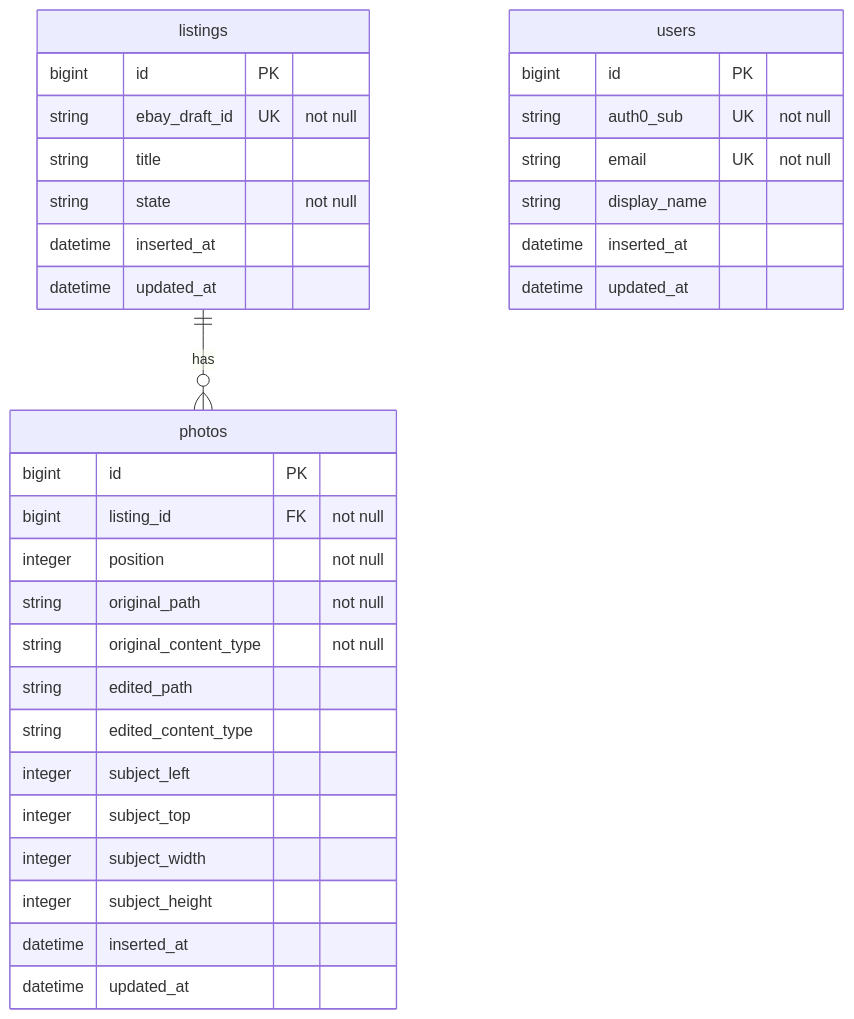
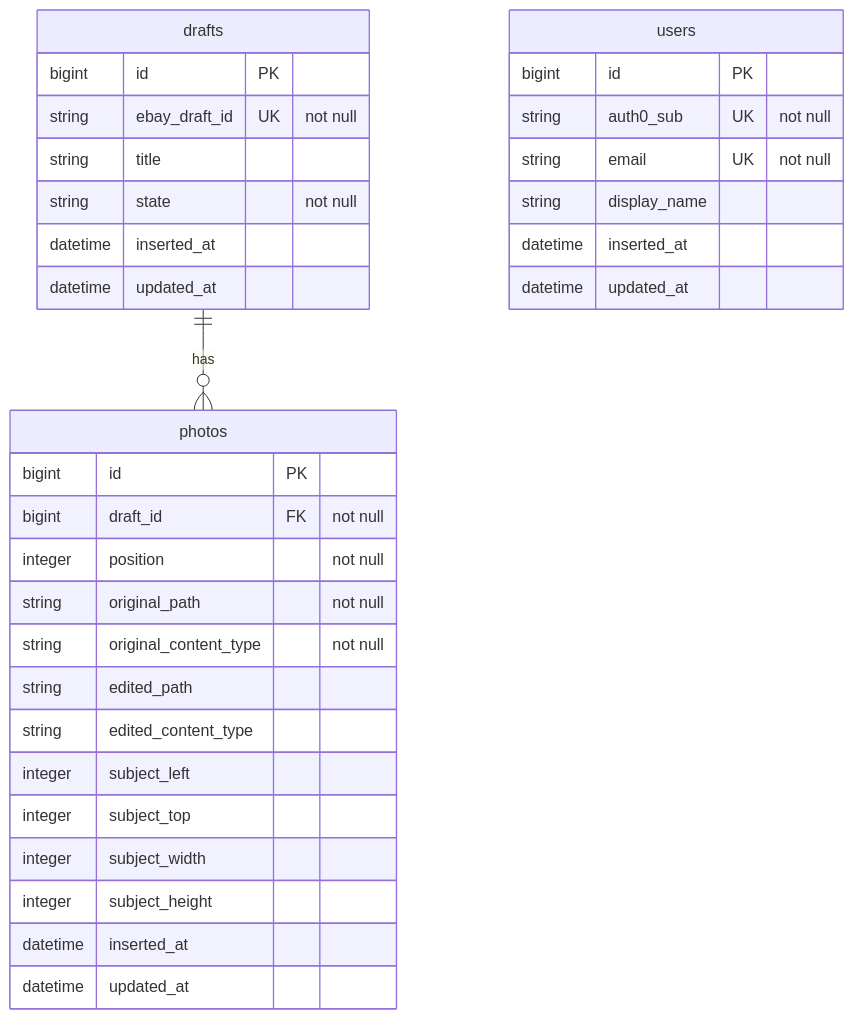
Before and after one commit to dewetblomerus/flipper: the diagram in docs/erd.md, drawn with Mermaid. The commit also changed other lines of this file and 14 other files, not shown here.

````diff
--- a/docs/erd.md
+++ b/docs/erd.md
@@ -7,38 +7,38 @@
 ```mermaid
 erDiagram
-    listings ||--o{ photos : has
+    drafts ||--o{ photos : has
 
     users {
         bigint id PK
         string auth0_sub UK "not null"
         string email UK "not null"
         string display_name
         datetime inserted_at
         datetime updated_at
     }
 
-    listings {
+    drafts {
         bigint id PK
         string ebay_draft_id UK "not null"
         string title
         string state "not null"
         datetime inserted_at
         datetime updated_at
     }
 
     photos {
         bigint id PK
-        bigint listing_id FK "not null"
+        bigint draft_id FK "not null"
         integer position "not null"
         string original_path "not null"
         string original_content_type "not null"
         string edited_path
         string edited_content_type
         integer subject_left
         integer subject_top
         integer subject_width
         integer subject_height
         datetime inserted_at
         datetime updated_at
     }
 ```
````
